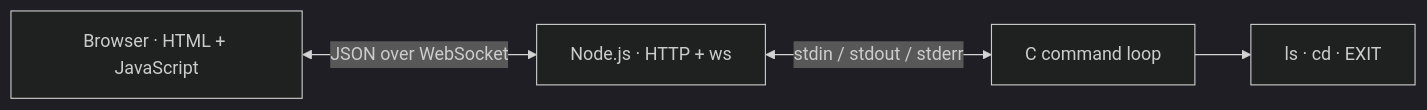
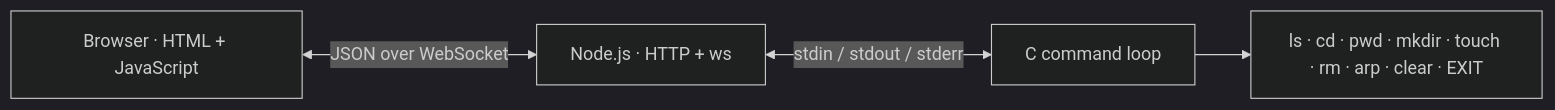
The first of 2 diagrams in README.md (DakshVDharmani/Jarvis), drawn with Mermaid (dark theme) before and after one commit. The commit also changed other lines of this file, not shown here.

````diff
--- a/README.md
+++ b/README.md
@@ -163,6 +171,6 @@
 ```mermaid
 flowchart LR
     UI[Browser · HTML + JavaScript] <-->|JSON over WebSocket| Server[Node.js · HTTP + ws]
     Server <-->|stdin / stdout / stderr| Shell[C command loop]
-    Shell --> Builtins[ls · cd · EXIT]
+    Shell --> Builtins[ls · cd · pwd · mkdir · touch · rm · arp · clear · EXIT]
 ```
````
